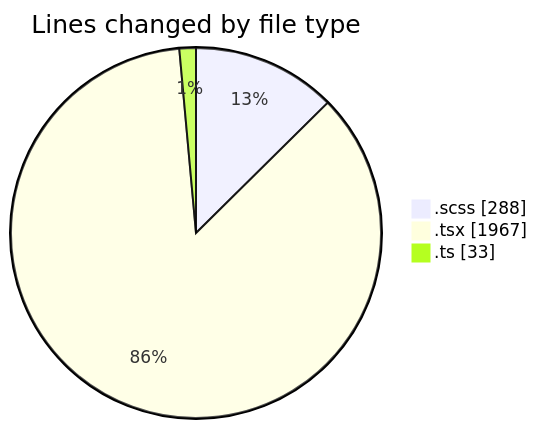
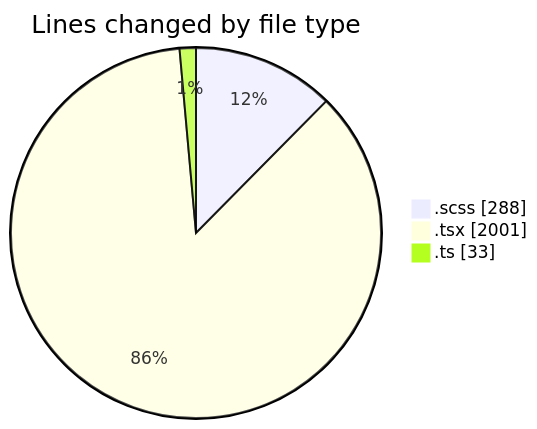
The first of 2 diagrams in 2025-02-10/cda/README.md (momahboobian/code-tracking), drawn with Mermaid before and after one commit. The commit also changed other lines of this file and 1 other file, not shown here.

````diff
--- a/2025-02-10/cda/README.md
+++ b/2025-02-10/cda/README.md
@@ -25,7 +25,7 @@
 ```mermaid
 pie showData
 title Lines changed by file type
 ".scss" : 288
-".tsx" : 1967
+".tsx" : 2001
 ".ts" : 33
 ```
````
